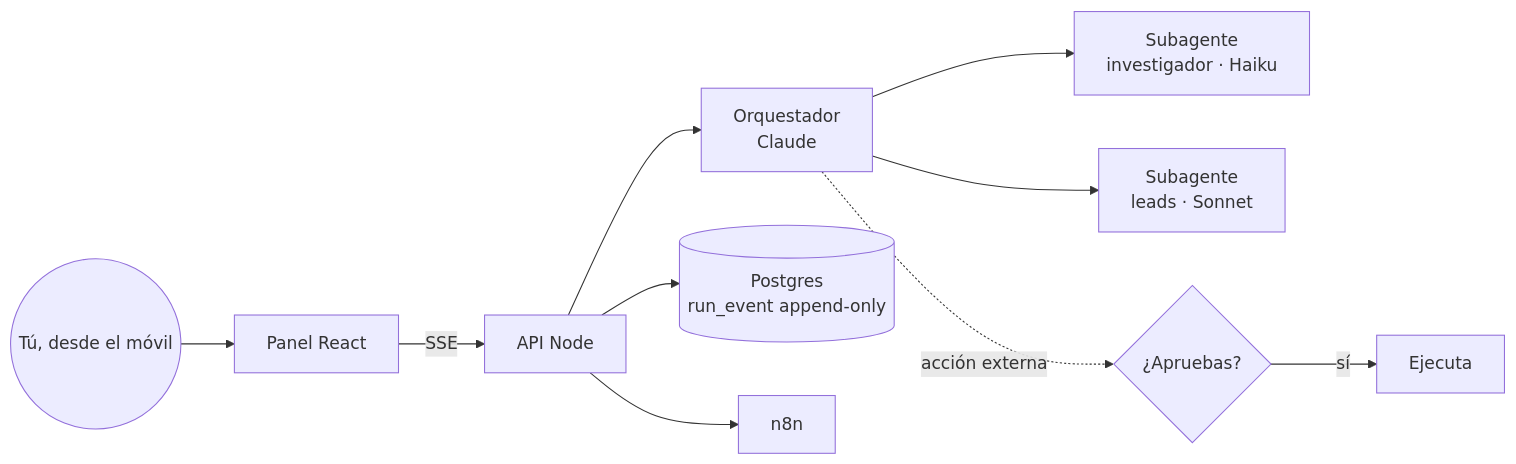
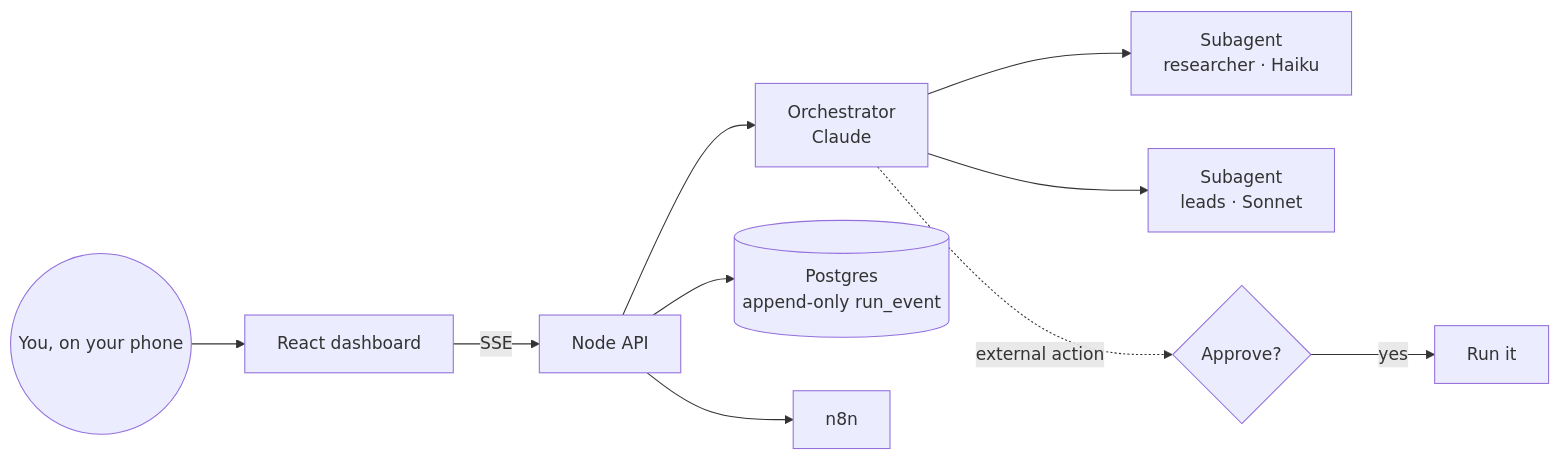
One commit to RosaritoRD/centro-de-mando changed the diagram in README.md. Above: the diagram before and after it, drawn with Mermaid. The commit also changed other lines of this file and 4 other files, not shown here.

````diff
--- a/README.md
+++ b/README.md
@@ -28,12 +30,12 @@
 ```mermaid
 flowchart LR
-    U((Tú, desde el móvil)) --> W[Panel React]
-    W -->|SSE| A[API Node]
-    A --> O[Orquestador<br/>Claude]
-    O --> S1[Subagente<br/>investigador · Haiku]
-    O --> S2[Subagente<br/>leads · Sonnet]
-    O -.->|acción externa| AP{¿Apruebas?}
-    AP -->|sí| X[Ejecuta]
-    A --> DB[(Postgres<br/>run_event append-only)]
+    U((You, on your phone)) --> W[React dashboard]
+    W -->|SSE| A[Node API]
+    A --> O[Orchestrator<br/>Claude]
+    O --> S1[Subagent<br/>researcher · Haiku]
+    O --> S2[Subagent<br/>leads · Sonnet]
+    O -.->|external action| AP{Approve?}
+    AP -->|yes| X[Run it]
+    A --> DB[(Postgres<br/>append-only run_event)]
     A --> N[n8n]
 ```
````
